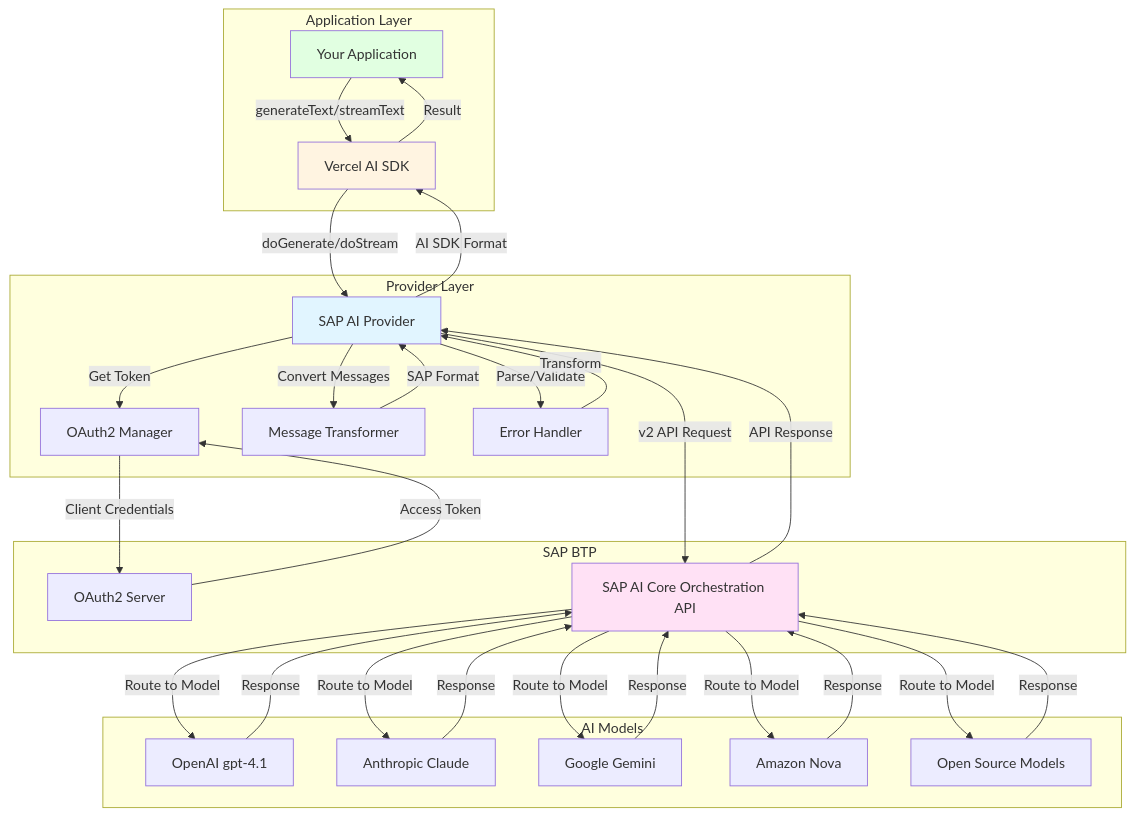
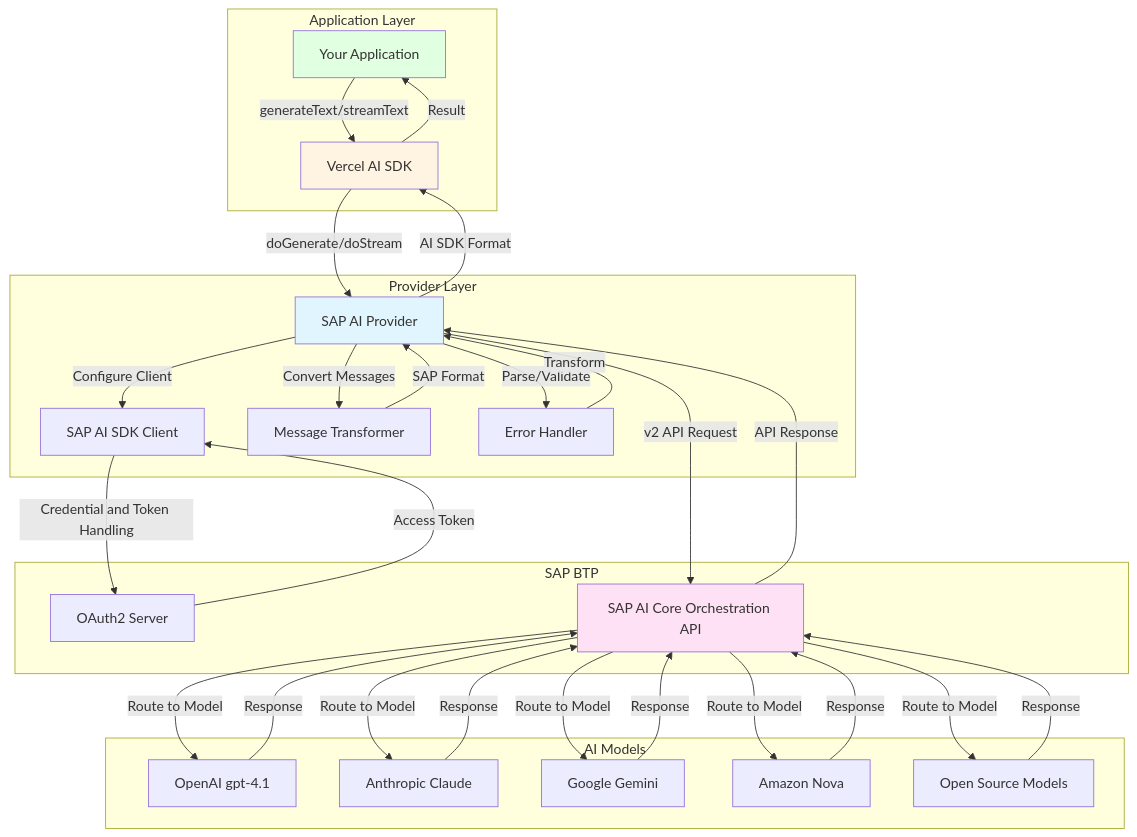
One commit to jerome-benoit/sap-ai-provider changed the first of 11 diagrams in ARCHITECTURE.md. Above: the diagram before and after it, drawn with Mermaid. The commit also changed other lines of this file and 9 other files, not shown here.

````diff
--- a/ARCHITECTURE.md
+++ b/ARCHITECTURE.md
@@ -93,56 +94,56 @@
 ```mermaid
 graph TB
     subgraph "Application Layer"
         App[Your Application]
         SDK[Vercel AI SDK]
     end
 
     subgraph "Provider Layer"
         Provider[SAP AI Provider]
-        Auth[OAuth2 Manager]
+        SAPSDK[SAP AI SDK Client]
         Transform[Message Transformer]
         Error[Error Handler]
     end
 
     subgraph "SAP BTP"
         OAuth[OAuth2 Server]
         SAPAI[SAP AI Core Orchestration API]
     end
 
     subgraph "AI Models"
         GPT[OpenAI gpt-4.1]
         Claude[Anthropic Claude]
         Gemini[Google Gemini]
         Nova[Amazon Nova]
         OSS[Open Source Models]
     end
 
     App -->|generateText/streamText| SDK
     SDK -->|doGenerate/doStream| Provider
-    Provider -->|Get Token| Auth
-    Auth -->|Client Credentials| OAuth
-    OAuth -->|Access Token| Auth
+    Provider -->|Configure Client| SAPSDK
+    SAPSDK -->|Credential and Token Handling| OAuth
+    OAuth -->|Access Token| SAPSDK
     Provider -->|Convert Messages| Transform
     Transform -->|SAP Format| Provider
     Provider -->|v2 API Request| SAPAI
     SAPAI -->|Route to Model| GPT
     SAPAI -->|Route to Model| Claude
     SAPAI -->|Route to Model| Gemini
     SAPAI -->|Route to Model| Nova
     SAPAI -->|Route to Model| OSS
     GPT -->|Response| SAPAI
     Claude -->|Response| SAPAI
     Gemini -->|Response| SAPAI
     Nova -->|Response| SAPAI
     OSS -->|Response| SAPAI
     SAPAI -->|API Response| Provider
     Provider -->|Parse/Validate| Error
     Error -->|Transform| Provider
     Provider -->|AI SDK Format| SDK
     SDK -->|Result| App
 
     style Provider fill:#e1f5ff
     style SDK fill:#fff4e1
     style SAPAI fill:#ffe1f5
     style App fill:#e1ffe1
 ```
````
